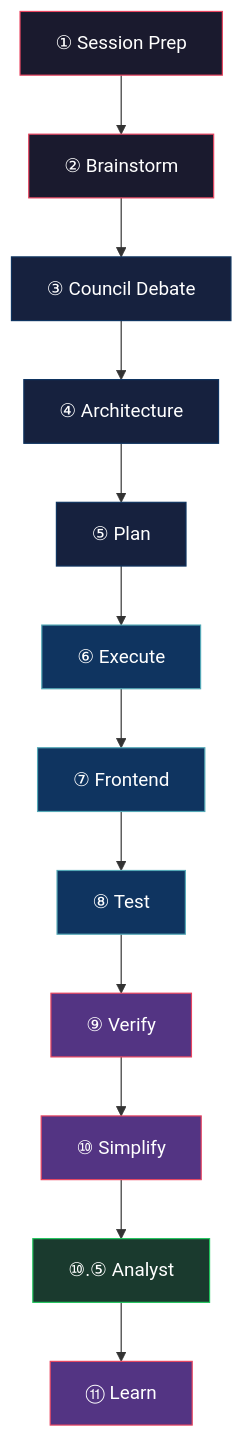
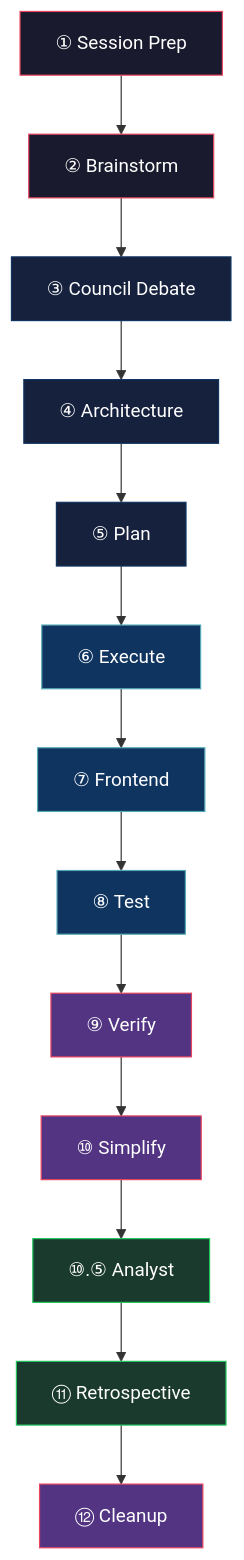
The diagram in README.md (blacklettertimeoff432/be-my-butler), drawn with Mermaid before and after one commit. The commit also changed other lines of this file and 33 other files, not shown here.

````diff
--- a/README.md
+++ b/README.md
@@ -68,27 +68,29 @@
 ```mermaid
 flowchart TD
     A["① Session Prep"] --> B["② Brainstorm"]
     B --> C["③ Council Debate"]
     C --> D["④ Architecture"]
     D --> E["⑤ Plan"]
     E --> F["⑥ Execute"]
     F --> G["⑦ Frontend"]
     G --> H["⑧ Test"]
     H --> I["⑨ Verify"]
     I --> J["⑩ Simplify"]
     J --> K["⑩.⑤ Analyst"]
-    K --> L["⑪ Learn"]
+    K --> L["⑪ Retrospective"]
+    L --> M["⑫ Cleanup"]
 
     style A fill:#1a1a2e,stroke:#e94560,color:#fff
     style B fill:#1a1a2e,stroke:#e94560,color:#fff
     style C fill:#16213e,stroke:#0f3460,color:#fff
     style D fill:#16213e,stroke:#0f3460,color:#fff
     style E fill:#16213e,stroke:#0f3460,color:#fff
     style F fill:#0f3460,stroke:#53a8b6,color:#fff
     style G fill:#0f3460,stroke:#53a8b6,color:#fff
     style H fill:#0f3460,stroke:#53a8b6,color:#fff
     style I fill:#533483,stroke:#e94560,color:#fff
     style J fill:#533483,stroke:#e94560,color:#fff
     style K fill:#1a3a2e,stroke:#22c55e,color:#fff
-    style L fill:#533483,stroke:#e94560,color:#fff
+    style L fill:#1a3a2e,stroke:#22c55e,color:#fff
+    style M fill:#533483,stroke:#e94560,color:#fff
 ```
````
